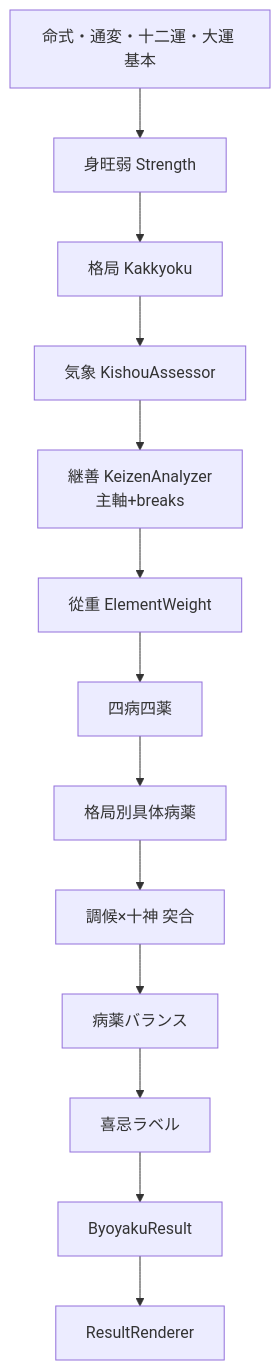
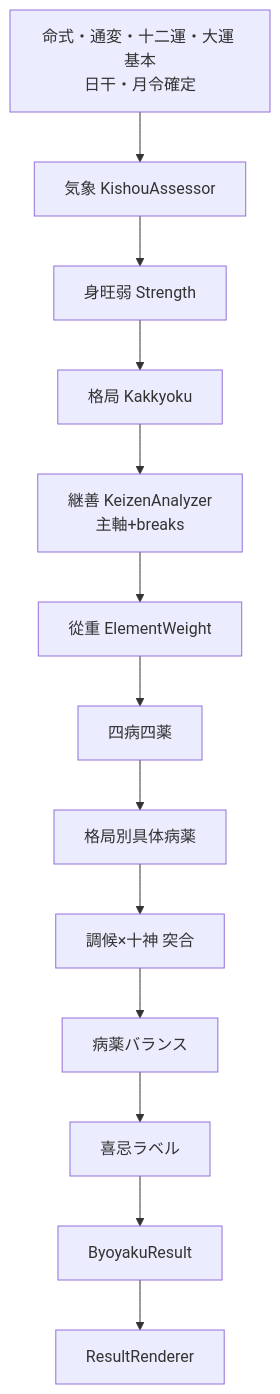
One commit to m-tomei/pillars-addin changed the diagram in chrome-extension/docs/design/病薬表示機能_詳細設計/02_処理パイプライン.md. Above: the diagram before and after it, drawn with Mermaid. The commit also changed other lines of this file and 14 other files, not shown here.

````diff
--- a/chrome-extension/docs/design/病薬表示機能_詳細設計/02_処理パイプライン.md
+++ b/chrome-extension/docs/design/病薬表示機能_詳細設計/02_処理パイプライン.md
@@ -8,15 +8,15 @@
 ```mermaid
 flowchart TD
-  A[命式・通変・十二運・大運 基本] --> B[身旺弱 Strength]
+  A[命式・通変・十二運・大運 基本<br/>日干・月令確定] --> D[気象 KishouAssessor]
+  D --> B[身旺弱 Strength]
   B --> C[格局 Kakkyoku]
-  C --> D[気象 KishouAssessor]
-  D --> E[継善 KeizenAnalyzer<br/>主軸+breaks]
+  C --> E[継善 KeizenAnalyzer<br/>主軸+breaks]
   E --> F[從重 ElementWeight]
   F --> G[四病四薬]
   G --> H[格局別具体病薬]
   H --> I[調候×十神 突合]
   I --> J[病薬バランス]
   J --> K[喜忌ラベル]
   K --> L[ByoyakuResult]
   L --> M[ResultRenderer]
 ```
````
